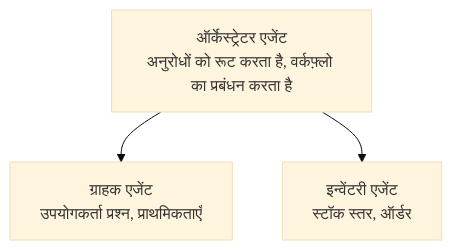
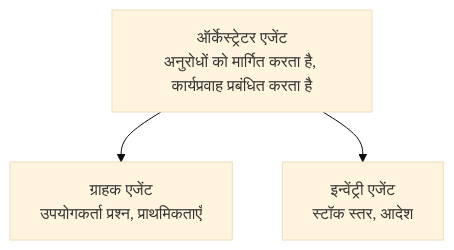
Before and after one commit to microsoft/AZD-for-beginners: the diagram in translations/hi/docs/chapter-05-multi-agent/README.md, drawn with Mermaid (base theme). The commit also changed other lines of this file and 60 other files, not shown here.

````diff
--- a/translations/hi/docs/chapter-05-multi-agent/README.md
+++ b/translations/hi/docs/chapter-05-multi-agent/README.md
@@ -54,5 +54,5 @@
 ```mermaid
 graph TD
-    Orchestrator[ऑर्केस्ट्रेटर एजेंट<br/>अनुरोधों को रूट करता है, वर्कफ़्लो का प्रबंधन करता है] --> Customer[ग्राहक एजेंट<br/>उपयोगकर्ता प्रश्न, प्राथमिकताएँ]
-    Orchestrator --> Inventory[इन्वेंटरी एजेंट<br/>स्टॉक स्तर, ऑर्डर]
+    Orchestrator[ऑर्केस्ट्रेटर एजेंट<br/>अनुरोधों को मार्गित करता है, कार्यप्रवाह प्रबंधित करता है] --> Customer[ग्राहक एजेंट<br/>उपयोगकर्ता प्रश्न, प्राथमिकताएँ]
+    Orchestrator --> Inventory[इन्वेंट्री एजेंट<br/>स्टॉक स्तर, आदेश]
 ```
````
